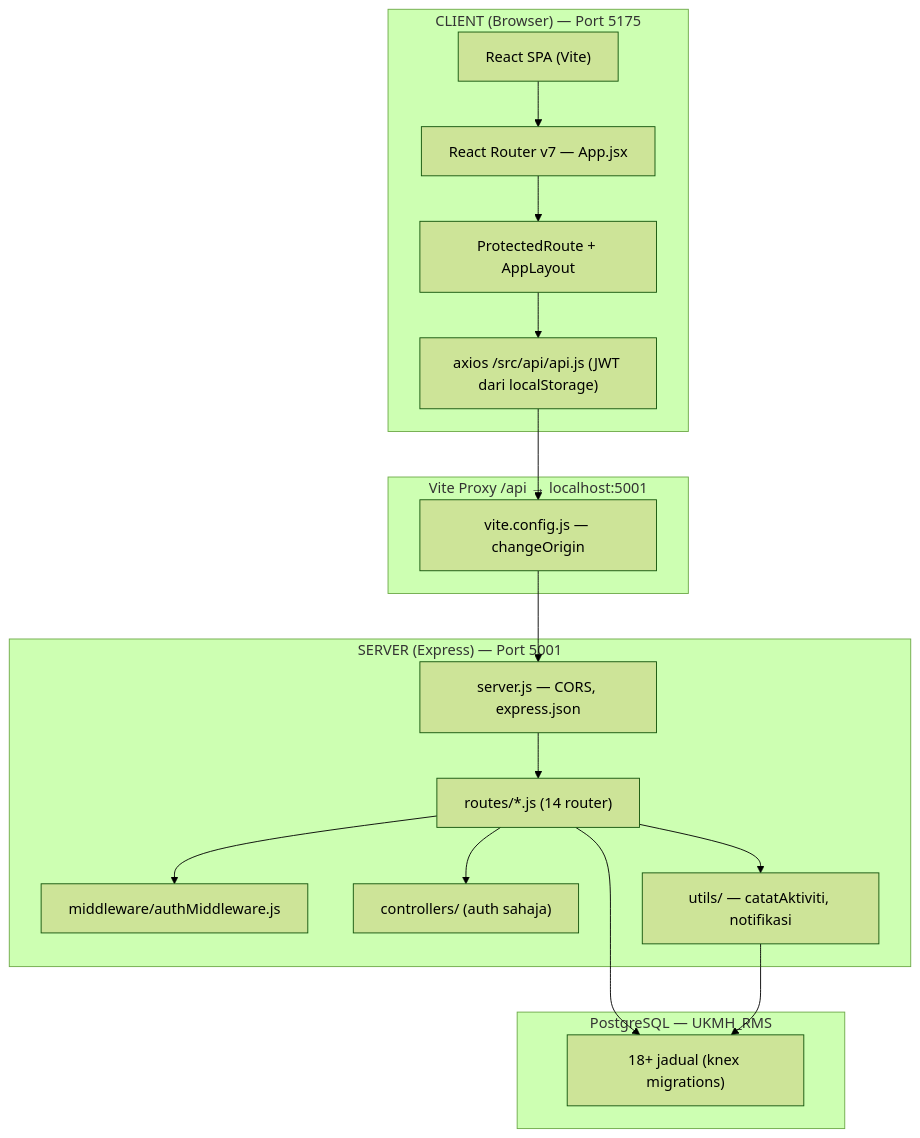
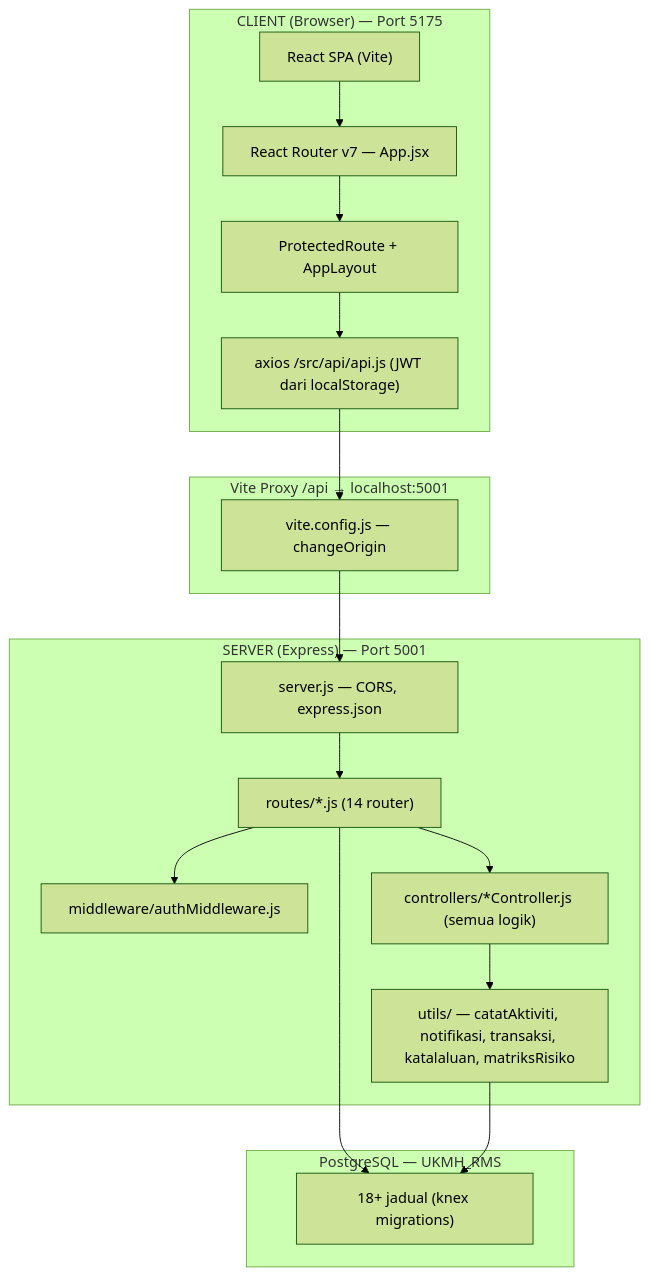
The first of 2 diagrams in docs/pipeline/00-general.md (aimaniss/RiskManagementSystem), drawn with Mermaid (forest theme) before and after one commit. The commit also changed other lines of this file and 35 other files, not shown here.

````diff
--- a/docs/pipeline/00-general.md
+++ b/docs/pipeline/00-general.md
@@ -11,32 +11,32 @@
 ```mermaid
 flowchart TD
   subgraph Klien["CLIENT (Browser) — Port 5175"]
     A["React SPA (Vite)"]
     B["React Router v7 — App.jsx"]
     C["ProtectedRoute + AppLayout"]
     D["axios /src/api/api.js (JWT dari localStorage)"]
     A --> B --> C --> D
   end
 
   subgraph Proxy["Vite Proxy /api → localhost:5001"]
     P["vite.config.js — changeOrigin"]
   end
   D --> P
 
   subgraph Server["SERVER (Express) — Port 5001"]
     E["server.js — CORS, express.json"]
     F["routes/*.js (14 router)"]
     G["middleware/authMiddleware.js"]
     E --> F
     F --> G
-    F --> H["controllers/ (auth sahaja)"]
-    F --> I["utils/ — catatAktiviti, notifikasi"]
+    F --> H["controllers/*Controller.js (semua logik)"]
+    H --> I["utils/ — catatAktiviti, notifikasi, transaksi, katalaluan, matriksRisiko"]
   end
   P --> E
 
   subgraph DB["PostgreSQL — UKMH_RMS"]
     J["18+ jadual (knex migrations)"]
   end
   F --> J
   I --> J
 ```
````
